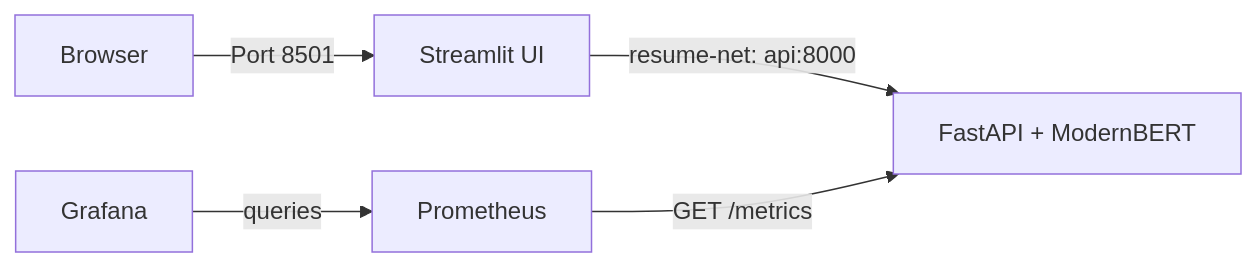
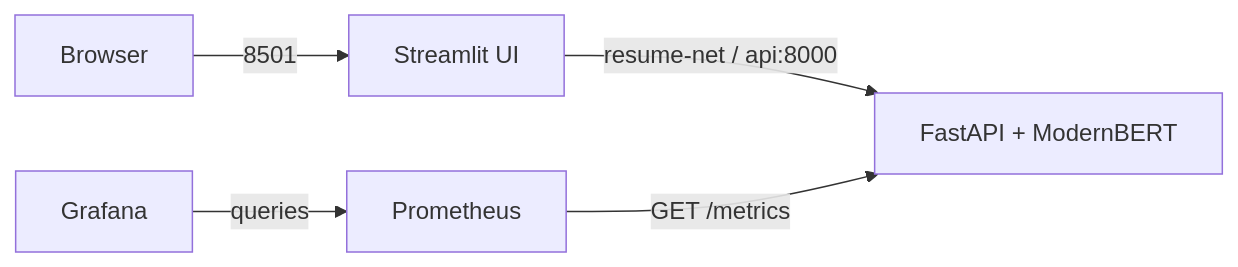
The diagram in README.md (atharva315/ResumeClassification-API), drawn with Mermaid before and after one commit. The commit also changed other lines of this file, not shown here.

````diff
--- a/README.md
+++ b/README.md
@@ -21,7 +19,7 @@
 ```mermaid
 flowchart LR
-    B[Browser] -->|Port 8501| UI[Streamlit UI]
-    UI -->|resume-net: api:8000| API[FastAPI + ModernBERT]
+    B[Browser] -->|8501| UI[Streamlit UI]
+    UI -->|resume-net / api:8000| API[FastAPI + ModernBERT]
     P[Prometheus] -->|GET /metrics| API
     G[Grafana] -->|queries| P
 ```
````
